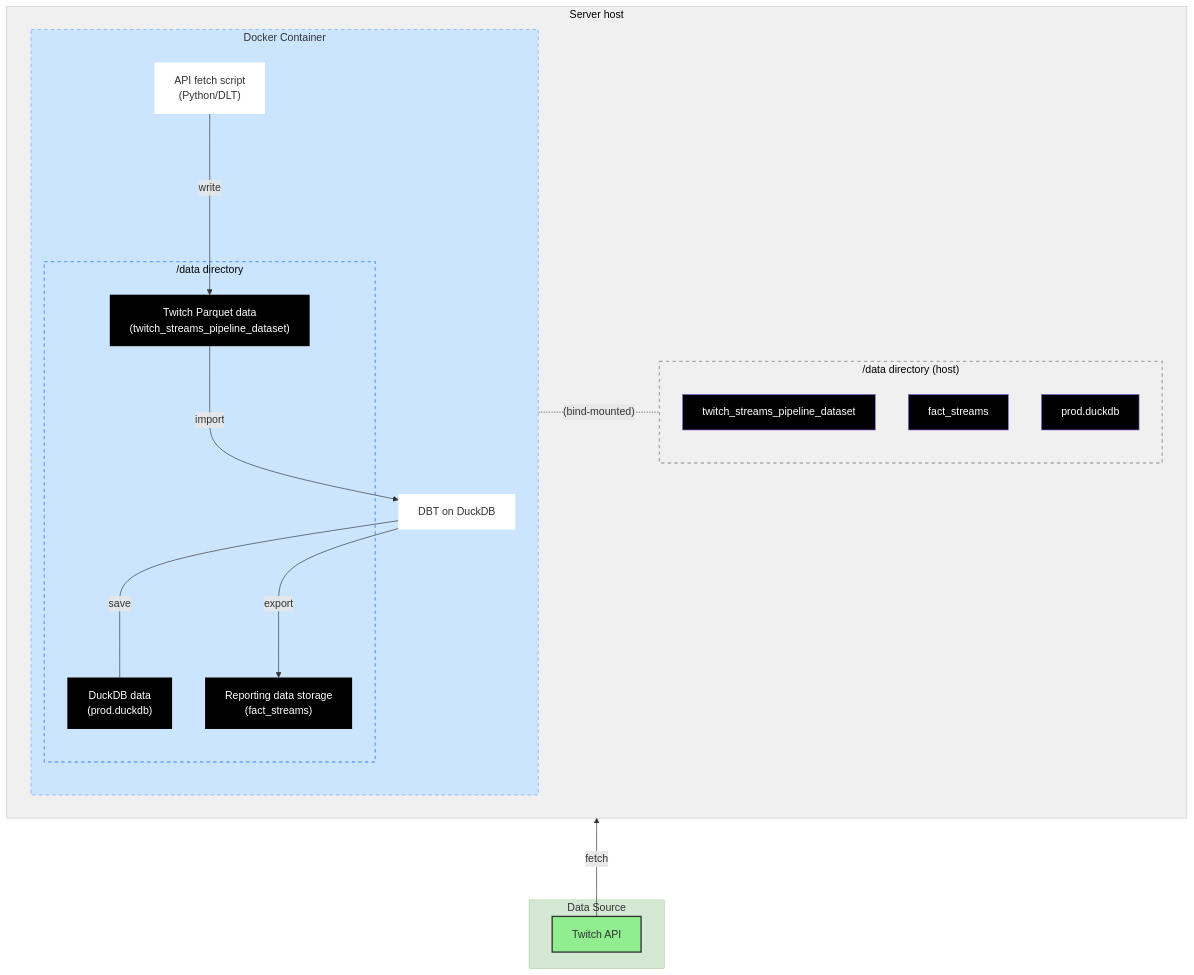
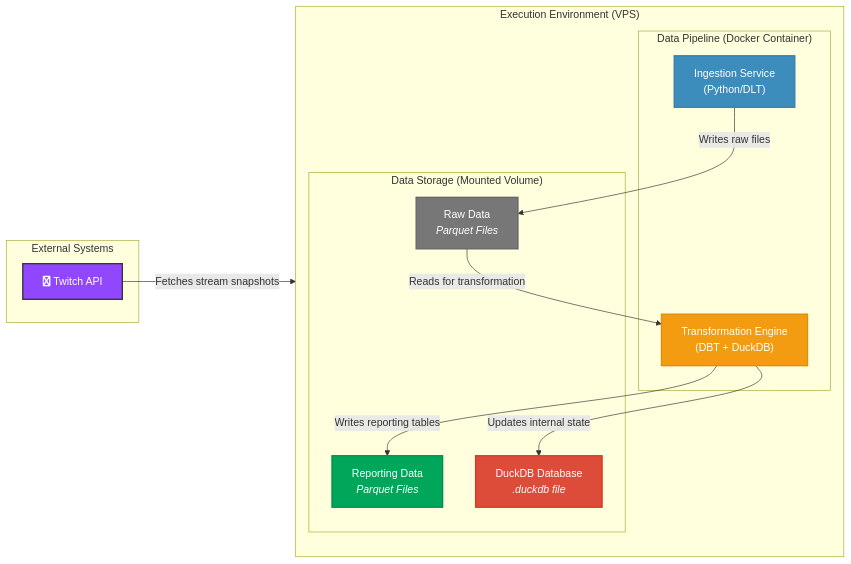
One commit to gabriellegall/twitch_bi changed the first of 2 diagrams in README.md. Above: the diagram before and after it, drawn with Mermaid. The commit also changed other lines of this file, not shown here.

````diff
--- a/README.md
+++ b/README.md
@@ -9,52 +9,36 @@
 ```mermaid
-graph BT;
-
-    %% Subgraph Definitions
-    subgraph DS ["Data Source"]
-        A[Twitch API]
+graph LR;
+    %% Define subgraphs for clear boundaries
+    subgraph "External Systems"
+        A[fa:fa-twitch Twitch API]
     end
 
-    subgraph VPS [Server host]
-        subgraph s2["/data directory (host)"]
-            n6["twitch_streams_pipeline_dataset"]
-            n5["fact_streams"]
-            n2["prod.duckdb"]
+    subgraph "Execution Environment (VPS)"
+        direction TB
+        subgraph "Data Pipeline (Docker Container)"
+            B["Ingestion Service<br>(Python/DLT)"]
+            C["Transformation Engine<br>(DBT + DuckDB)"]
         end
-        direction LR
-        subgraph DockerContainer [Docker Container]
-            subgraph s1["/data directory"]
-                n3["DuckDB data<br>data/prod.duckdb"]
-                n1["Reporting data storage<br>(data/fact_streams.parquet)"]
-                n4["twitch_streams_pipeline_dataset"]
-            end
-            direction TB
-            D["DBT + DuckDB<br>(transformation & export)"]
-            B["API fetch script<br>(Python/DLT)"]
+        
+        subgraph "Data Storage (Mounted Volume)"
+            D["Raw Data<br><i>Parquet Files</i>"]
+            E["Reporting Data<br><i>Parquet Files</i>"]
+            F["DuckDB Database<br><i>.duckdb file</i>"]
         end
     end
 
-    %% Data Flow
-    A --->|"fetch"| B
-    D --->|"export"| n1["Reporting data storage<br>(fact_streams)"]
-    D ----|"save"| n3["DuckDB data<br>(prod.duckdb)"]
-    B --->|"write"| n4
-    n4["Twitch Parquet data<br>(twitch_streams_pipeline_dataset)"] ---> |"import"| D["DBT on DuckDB"]
-    %% Bind Mount Connection (Updated)
-    s1 -.- |"(bind-mounted)"| s2
+    %% Define the data flow with clear labels
+    A -- "Fetches stream snapshots" --> B
+    B -- "Writes raw files" --> D
+    D -- "Reads for transformation" --> C
+    C -- "Writes reporting tables" --> E
+    C -- "Updates internal state" --> F
 
-    %% Styling
-    style A fill:#90ee90,stroke:#333,stroke-width:2px
-    style DS fill:#D5E8D4,stroke:#82B366,stroke-width:0.5px
-    style B fill:#FFFFFF,stroke-width:0px
-    style D fill:#FFFFFF,stroke-width:0px
-    style DockerContainer fill:#cce5ff,stroke:#66a3ff,stroke-width:1px,stroke-dasharray:5 5
-    style n1 color:#FFFFFF,stroke-width:0px,fill:#000000
-    style s1 color:#000000, fill:#cce5ff,stroke:#66a3ff,stroke-width:2px,stroke-dasharray:5 5
-    style n3 color:#FFFFFF,fill:#000000,stroke-width:0px,stroke:#000000
-    style n4 color:#FFFFFF,fill:#000000,stroke-width:0px,stroke:#D9D9D9
-    style n2 color:#FFFFFF,fill:#000000
-    style n5 color:#FFFFFF,fill:#000000
-    style n6 color:#FFFFFF,fill:#000000
-    style VPS fill:#f0f0f0,stroke:#aaa,stroke-width:0.5px,color:#000000
-    style s2 stroke:#aaa,stroke-width:2px,fill:#f0f0f0,color:#000000,stroke-dasharray:5 5
+    %% Styling for a professional look
+    style A fill:#9146FF,stroke:#333,stroke-width:2px,color:#fff
+    style B fill:#3c8dbc,stroke:#367fa9,stroke-width:2px,color:white
+    style C fill:#f39c12,stroke:#e08e0b,stroke-width:2px,color:white
+    style D fill:#777,stroke:#666,stroke-width:2px,color:white
+    style E fill:#00a65a,stroke:#008d4c,stroke-width:2px,color:white
+    style F fill:#dd4b39,stroke:#d73925,stroke-width:2px,color:white
 ```
````
